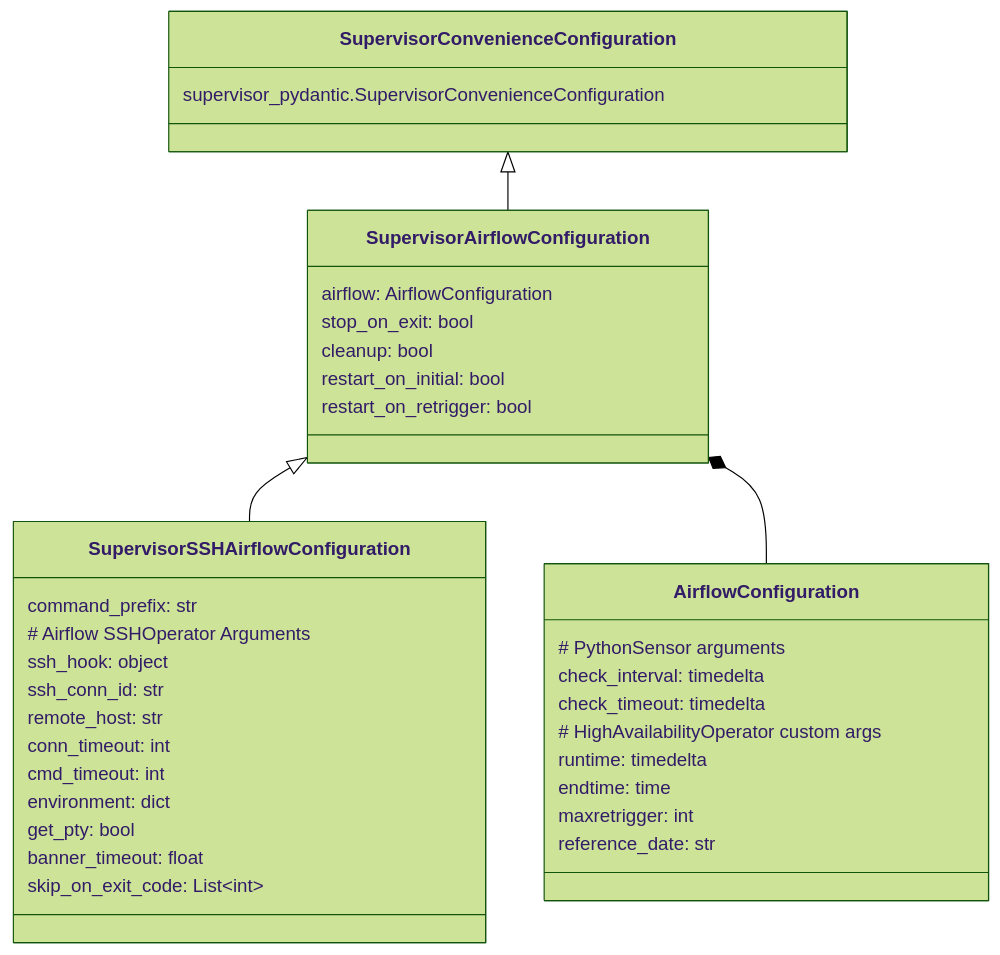
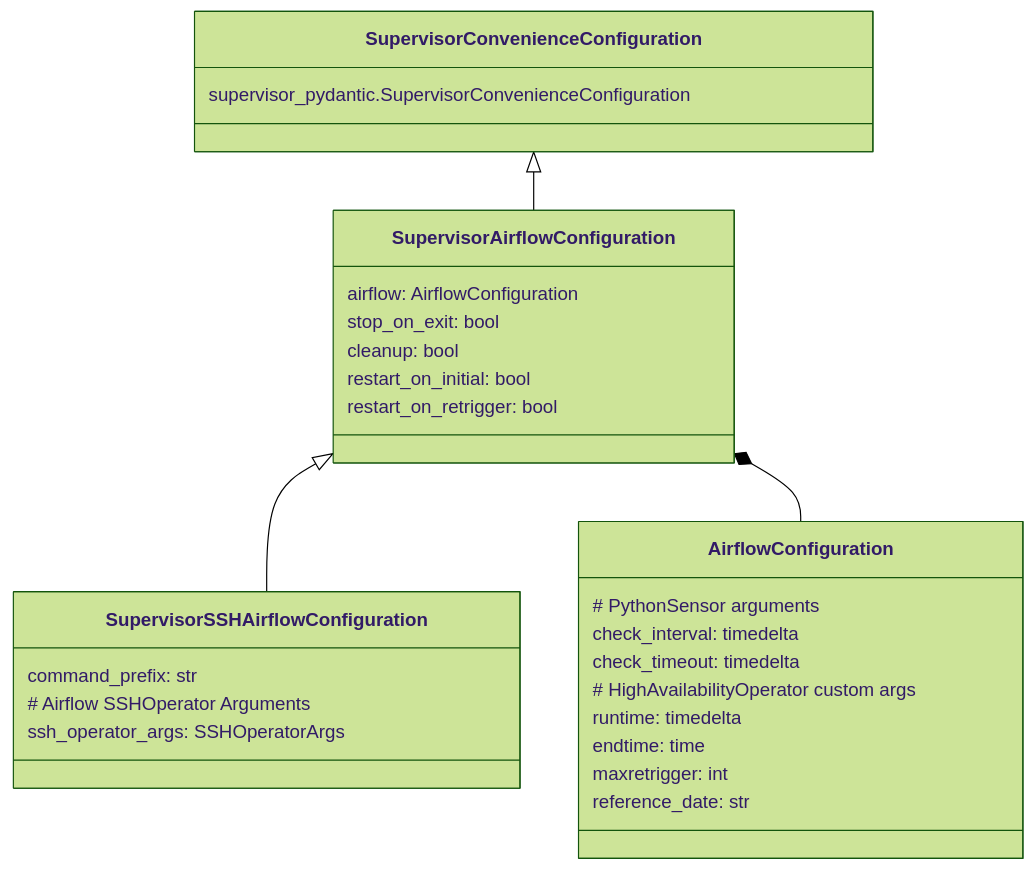
The diagram in README.md (airflow-laminar/airflow-supervisor), drawn with Mermaid (forest theme) before and after one commit. The commit also changed 5 other files, not shown here.

Commit message:
Switch to SSHOperatorArgs, bump dependencies

````diff
--- a/README.md
+++ b/README.md
@@ -122,44 +122,36 @@
 ```mermaid
 classDiagram
     SupervisorConvenienceConfiguration <|-- SupervisorAirflowConfiguration
     SupervisorAirflowConfiguration <|-- SupervisorSSHAirflowConfiguration
 
     class SupervisorConvenienceConfiguration {
       supervisor_pydantic.SupervisorConvenienceConfiguration
     }
     SupervisorAirflowConfiguration *-- AirflowConfiguration
 
     class SupervisorAirflowConfiguration{
         airflow: AirflowConfiguration
 
         stop_on_exit: bool
         cleanup: bool
         restart_on_initial: bool
         restart_on_retrigger: bool
     }
     class SupervisorSSHAirflowConfiguration {
       command_prefix: str
 
       # Airflow SSHOperator Arguments
-      ssh_hook: object
-      ssh_conn_id: str
-      remote_host: str
-      conn_timeout: int
-      cmd_timeout: int
-      environment: dict
-      get_pty: bool
-      banner_timeout: float
-      skip_on_exit_code: List~int~
+      ssh_operator_args: SSHOperatorArgs
     }
     class AirflowConfiguration {
       # PythonSensor arguments
       check_interval: timedelta
       check_timeout: timedelta
 
       # HighAvailabilityOperator custom args
       runtime: timedelta
       endtime: time
       maxretrigger: int
       reference_date: str
     }
 ```
````
